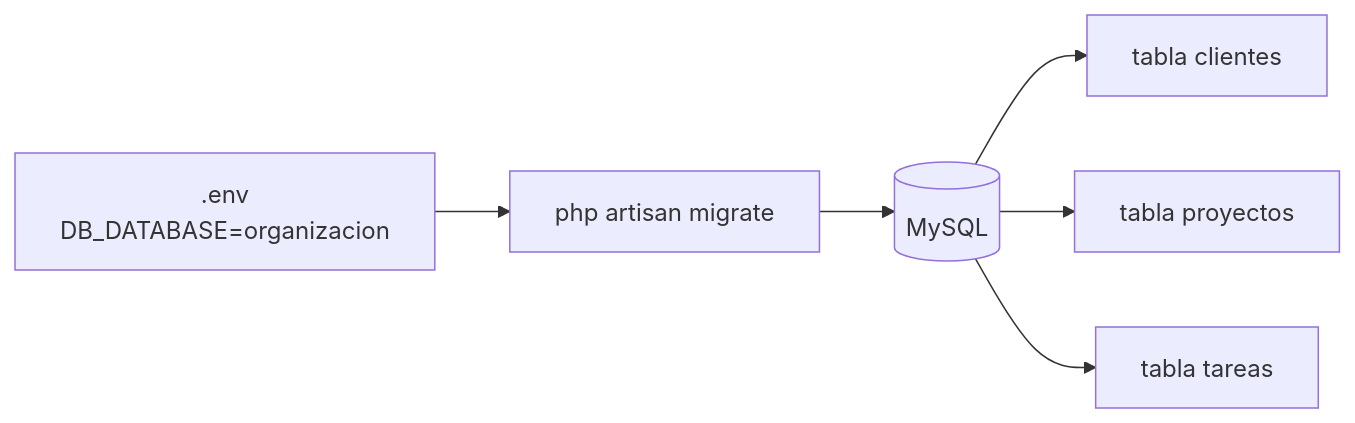
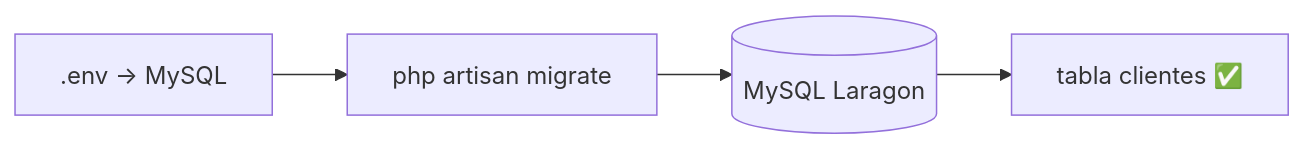
One commit to JosefaOgalde/organizacion changed the diagram in docs/laravel/PASO-2-base-datos.md. Above: the diagram before and after it, drawn with Mermaid. The commit also changed other lines of this file, not shown here.

Commit message:
docs: actualizar PASO-2 MySQL paso a paso

````diff
--- a/docs/laravel/PASO-2-base-datos.md
+++ b/docs/laravel/PASO-2-base-datos.md
@@ -11,8 +11,6 @@
 ```mermaid
 flowchart LR
-    ENV[".env\nDB_DATABASE=organizacion"] --> ART["php artisan migrate"]
-    ART --> MYSQL[(MySQL)]
-    MYSQL --> T1["tabla clientes"]
-    MYSQL --> T2["tabla proyectos"]
-    MYSQL --> T3["tabla tareas"]
+    ENV[".env → MySQL"] --> ART["php artisan migrate"]
+    ART --> MYSQL[(MySQL Laragon)]
+    MYSQL --> T1["tabla clientes ✅"]
 ```
````
